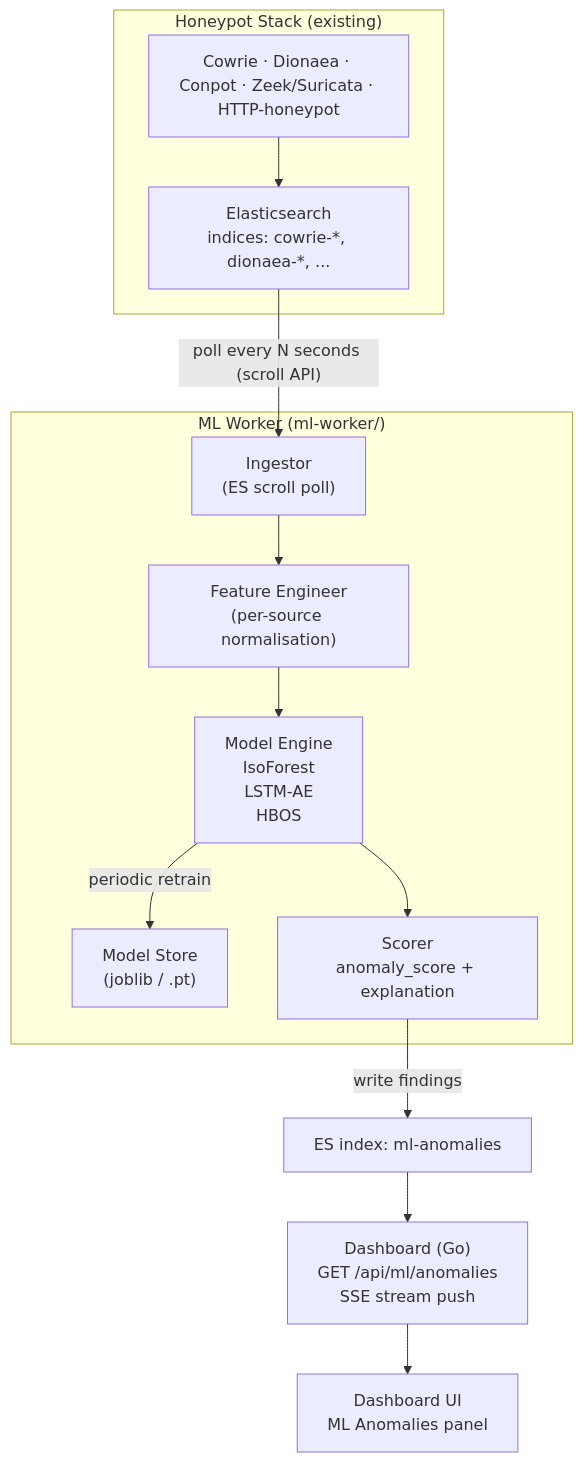
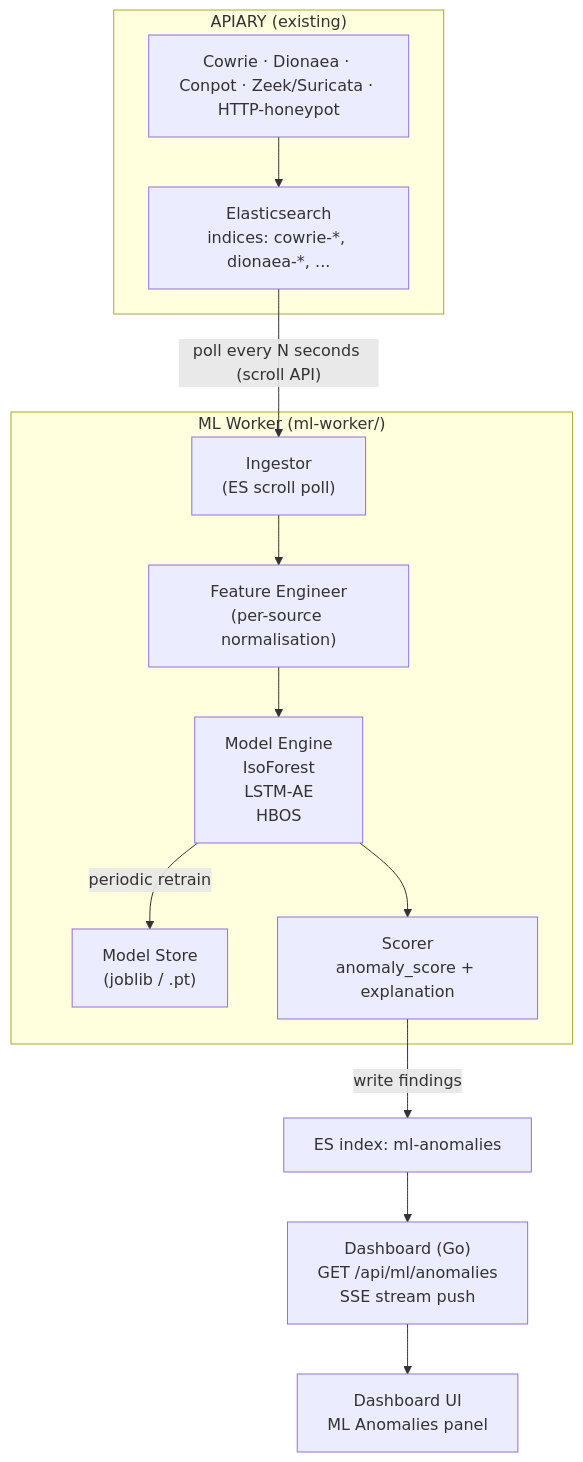
The diagram in docs/ml-worker-plan.md (Xore/APIARY), drawn with Mermaid before and after one commit. The commit also changed other lines of this file and 49 other files, not shown here.

````diff
--- a/docs/ml-worker-plan.md
+++ b/docs/ml-worker-plan.md
@@ -94,28 +94,28 @@
 ```mermaid
 flowchart TD
-    subgraph Stack["Honeypot Stack (existing)"]
+    subgraph Stack["APIARY (existing)"]
         Sensors["Cowrie · Dionaea · Conpot · Zeek/Suricata · HTTP-honeypot"]
         ES["Elasticsearch<br/>indices: cowrie-*, dionaea-*, ..."]
         Sensors --> ES
     end
 
     subgraph Worker["ML Worker (ml-worker/)"]
         Ingestor["Ingestor<br/>(ES scroll poll)"]
         FeatureEng["Feature Engineer<br/>(per-source normalisation)"]
         ModelEngine["Model Engine<br/>IsoForest<br/>LSTM-AE<br/>HBOS"]
         ModelStore["Model Store<br/>(joblib / .pt)"]
         Scorer["Scorer<br/>anomaly_score + explanation"]
 
         Ingestor --> FeatureEng --> ModelEngine
         ModelEngine -->|periodic retrain| ModelStore
         ModelEngine --> Scorer
     end
 
     MLIndex["ES index: ml-anomalies"]
     DashboardGo["Dashboard (Go)<br/>GET /api/ml/anomalies<br/>SSE stream push"]
     DashboardUI["Dashboard UI<br/>ML Anomalies panel"]
 
     ES -->|"poll every N seconds (scroll API)"| Ingestor
     Scorer -->|write findings| MLIndex
     MLIndex --> DashboardGo --> DashboardUI
 ```
````
